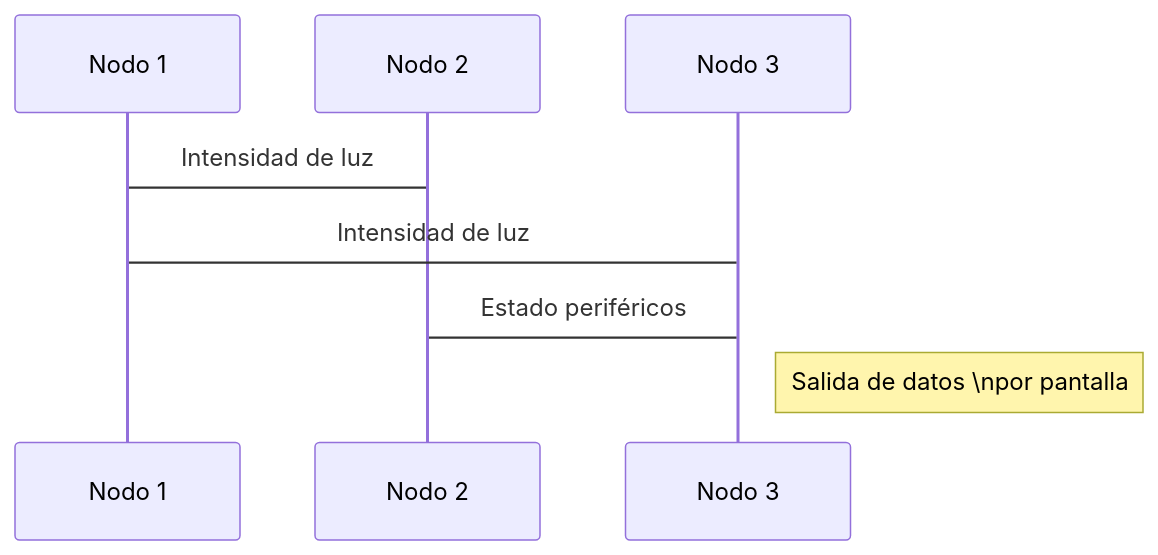
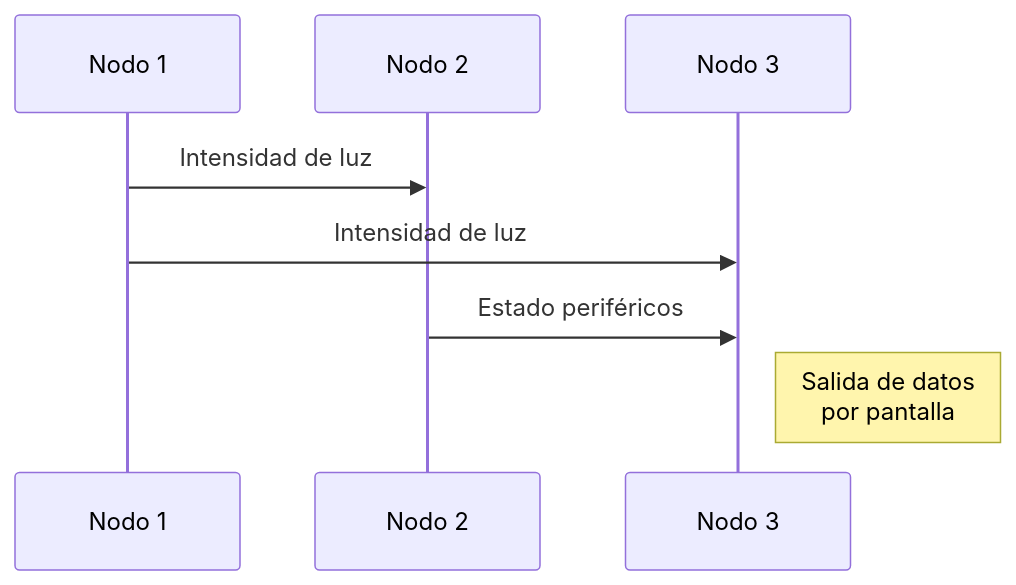
The diagram in README.md (sd2-dsi-fceia/SD2_TABLERO_CAN), drawn with Mermaid before and after one commit.

````diff
--- a/README.md
+++ b/README.md
@@ -30,7 +30,7 @@
 ```mermaid
 sequenceDiagram
-    Nodo 1->Nodo 2: Intensidad de luz
-    Nodo 1->Nodo 3: Intensidad de luz
-    Nodo 2->Nodo 3: Estado periféricos
-    Note right of Nodo 3: Salida de datos \npor pantalla
+    Nodo 1->>Nodo 2: Intensidad de luz
+    Nodo 1->>Nodo 3: Intensidad de luz
+    Nodo 2->>Nodo 3: Estado periféricos
+    Note right of Nodo 3: Salida de datos <br/>por pantalla
 ```
````
